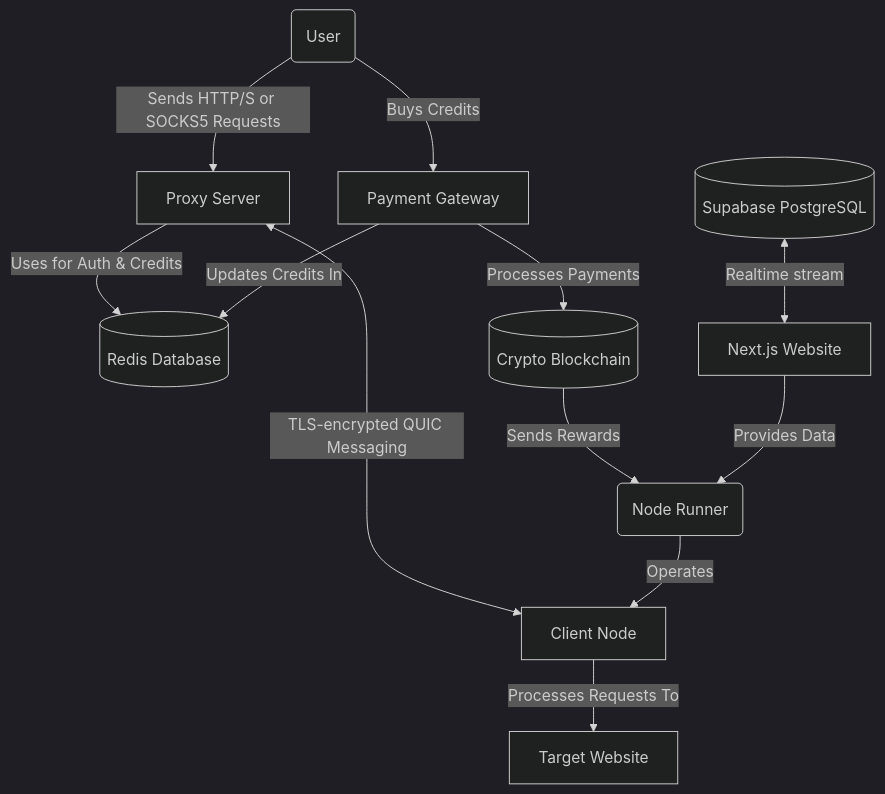
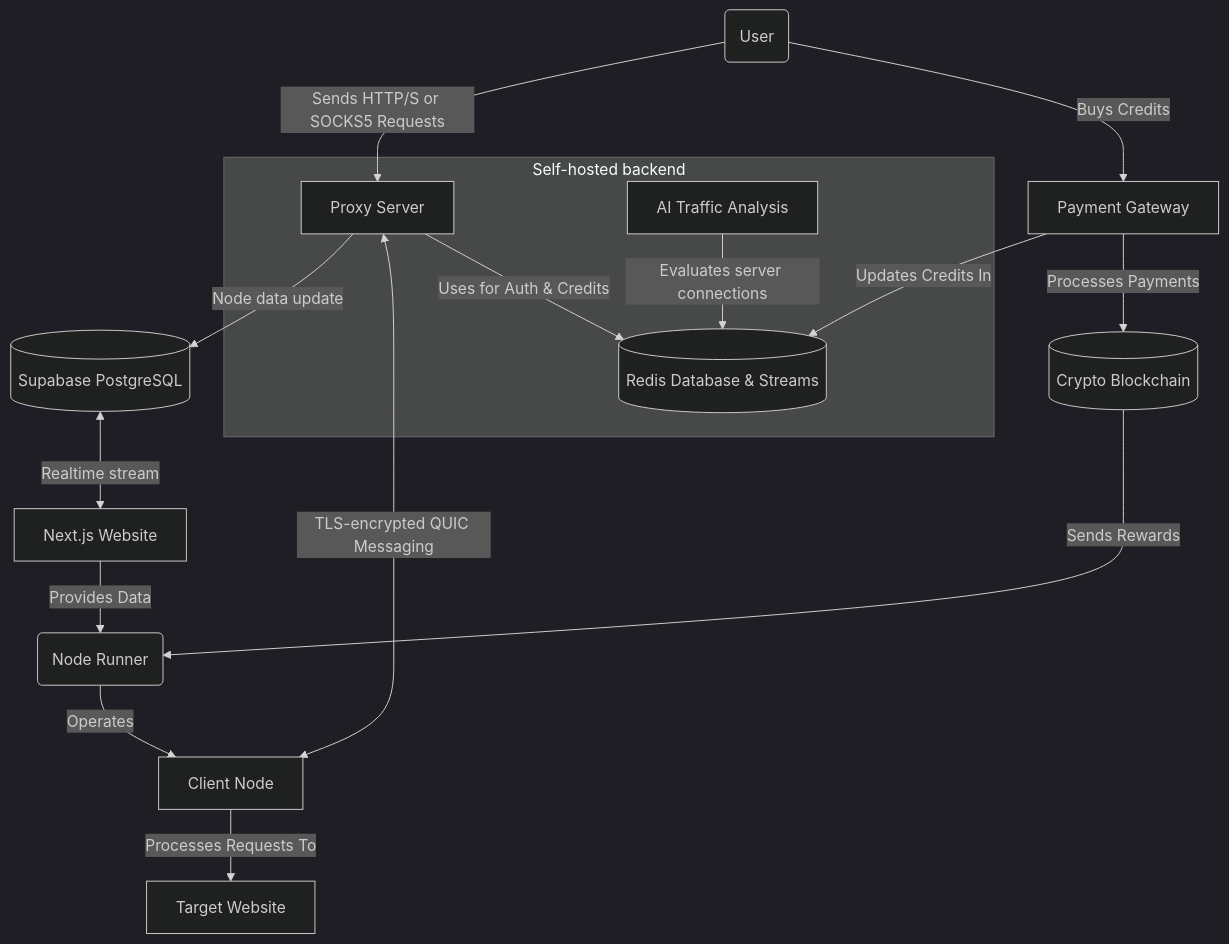
Before and after one commit to L1shed/Turbo: the first of 2 diagrams in README.md, drawn with Mermaid (dark theme). The commit also changed other lines of this file and 9 other files, not shown here.

````diff
--- a/README.md
+++ b/README.md
@@ -20,30 +19,41 @@
 ```mermaid
 flowchart TD
     User(User)
-    ProxyServer[Proxy Server]
-    Redis[(Redis Database)]
-    ClientNode[Client Node]
-    NodeRunner(Node Runner)
+    subgraph Self-hosted [Self-hosted backend]
+        ProxyServer[Proxy Server]
+        Redis[(Redis Database & Streams)]
+        AI[AI Traffic Analysis] 
+    end
+%%    subgraph Zero-Trust Zone 
+        ClientNode[Client Node]
+        NodeRunner(Node Runner)
+%%    end
     PaymentGateway[Payment Gateway]
     Blockchain[(Crypto Blockchain)]
     TargetWebsite[Target Website]
     Website[Next.js Website]
     Supabase[(Supabase PostgreSQL)]
 
     User --> |Sends HTTP/S or SOCKS5 Requests| ProxyServer
     User --> |Buys Credits| PaymentGateway
-
+    
+    ProxyServer --> |Node data update| Supabase
+    ProxyServer <--> |TLS-encrypted QUIC Messaging| ClientNode
     ProxyServer --> |Uses for Auth & Credits| Redis
-    ProxyServer <--> |TLS-encrypted QUIC Messaging| ClientNode
+    
+    AI --> |Evaluates server connections| Redis
 
     ClientNode --> |Processes Requests To| TargetWebsite
     NodeRunner --> |Operates| ClientNode
+    
 
     PaymentGateway --> |Processes Payments| Blockchain
     PaymentGateway --> |Updates Credits In| Redis
 
     Blockchain --> |Sends Rewards| NodeRunner
     
     Website --> |Provides Data| NodeRunner
     Supabase <--> |Realtime stream| Website
+    
+    
 ```
````
